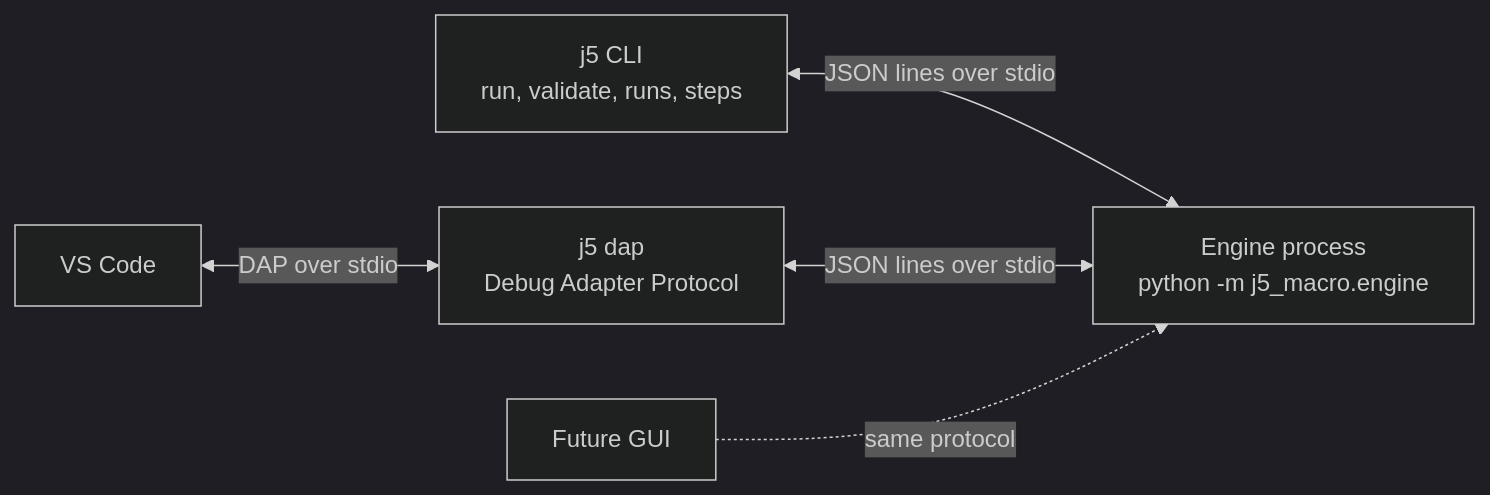
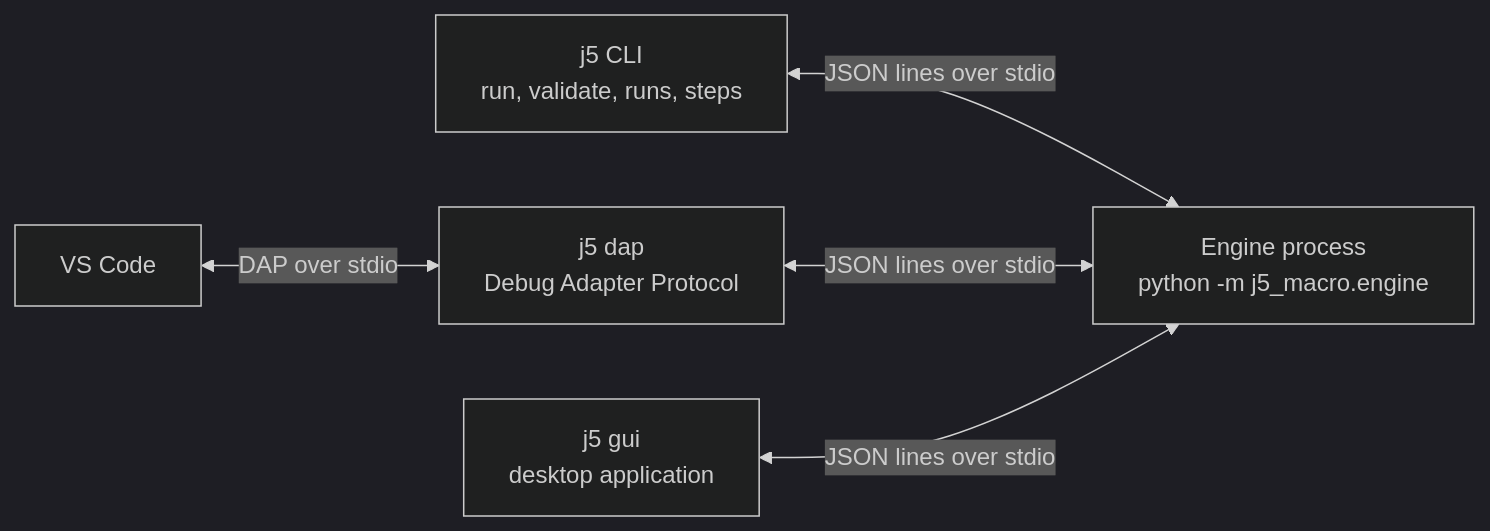
The first of 3 diagrams in docs/architecture.md (esgabo/j5-macro), drawn with Mermaid (dark theme) before and after one commit. The commit also changed other lines of this file and 53 other files, not shown here.

````diff
--- a/docs/architecture.md
+++ b/docs/architecture.md
@@ -29,12 +29,12 @@
 ```mermaid
 flowchart LR
   CLI["j5 CLI<br/>run, validate, runs, steps"]
   DAP["j5 dap<br/>Debug Adapter Protocol"]
-  GUI["Future GUI"]
+  GUI["j5 gui<br/>desktop application"]
   VS["VS Code"]
   E["Engine process<br/>python -m j5_macro.engine"]
   VS <-->|DAP over stdio| DAP
   CLI <-->|JSON lines over stdio| E
   DAP <-->|JSON lines over stdio| E
-  GUI -.->|same protocol| E
+  GUI <-->|JSON lines over stdio| E
 ```
````
